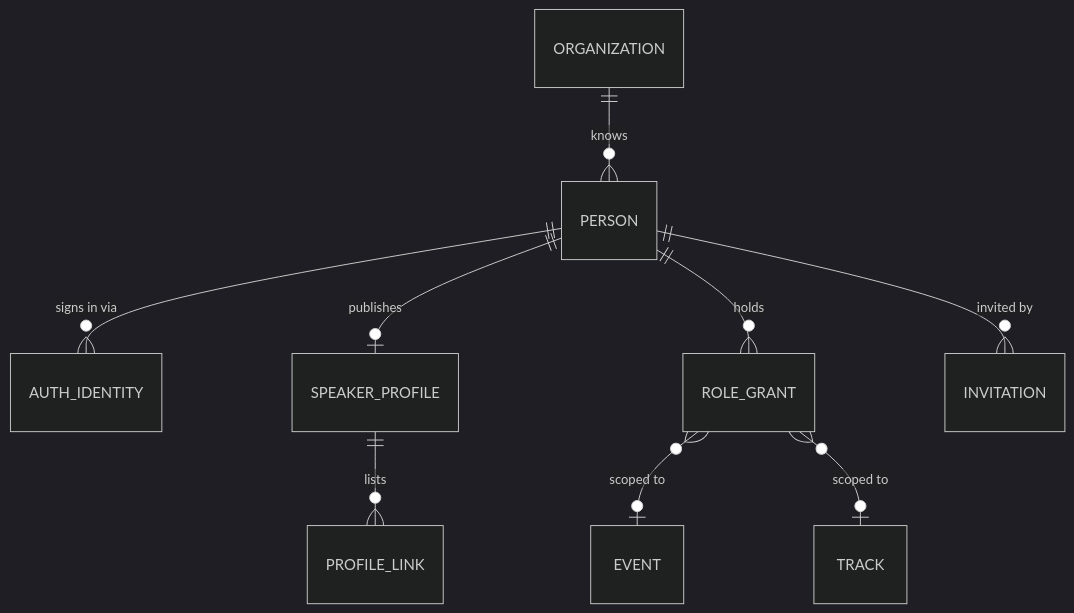
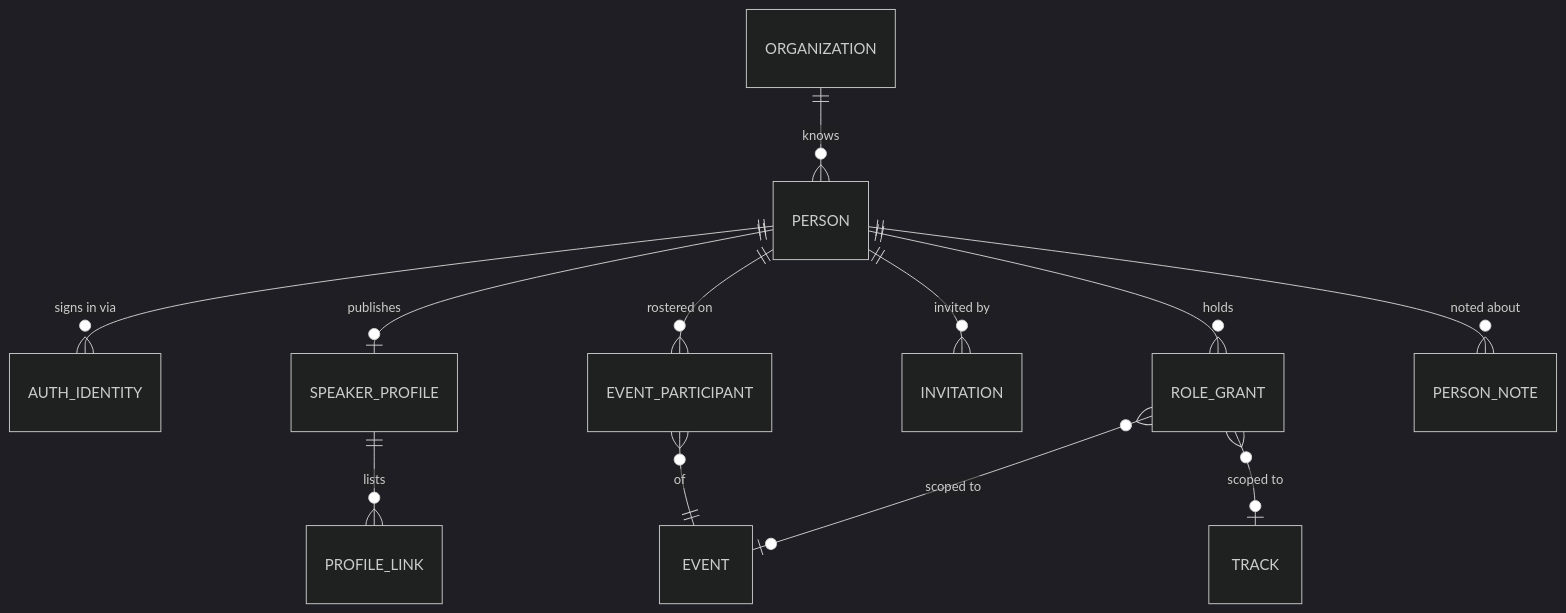
The first of 3 diagrams in docs/domain/01-identity-and-access.md (sameersegal/Podium), drawn with Mermaid (dark theme) before and after one commit. The commit also changed other lines of this file and 15 other files, not shown here.

````diff
--- a/docs/domain/01-identity-and-access.md
+++ b/docs/domain/01-identity-and-access.md
@@ -30,11 +32,14 @@
 ```mermaid
 erDiagram
   ORGANIZATION ||--o{ PERSON : knows
   PERSON ||--o{ AUTH_IDENTITY : "signs in via"
   PERSON ||--o| SPEAKER_PROFILE : publishes
   PERSON ||--o{ ROLE_GRANT : holds
   PERSON ||--o{ INVITATION : "invited by"
+  PERSON ||--o{ EVENT_PARTICIPANT : "rostered on"
+  PERSON ||--o{ PERSON_NOTE : "noted about"
+  EVENT_PARTICIPANT }o--|| EVENT : "of"
   SPEAKER_PROFILE ||--o{ PROFILE_LINK : lists
   ROLE_GRANT }o--o| EVENT : "scoped to"
   ROLE_GRANT }o--o| TRACK : "scoped to"
 ```
````
